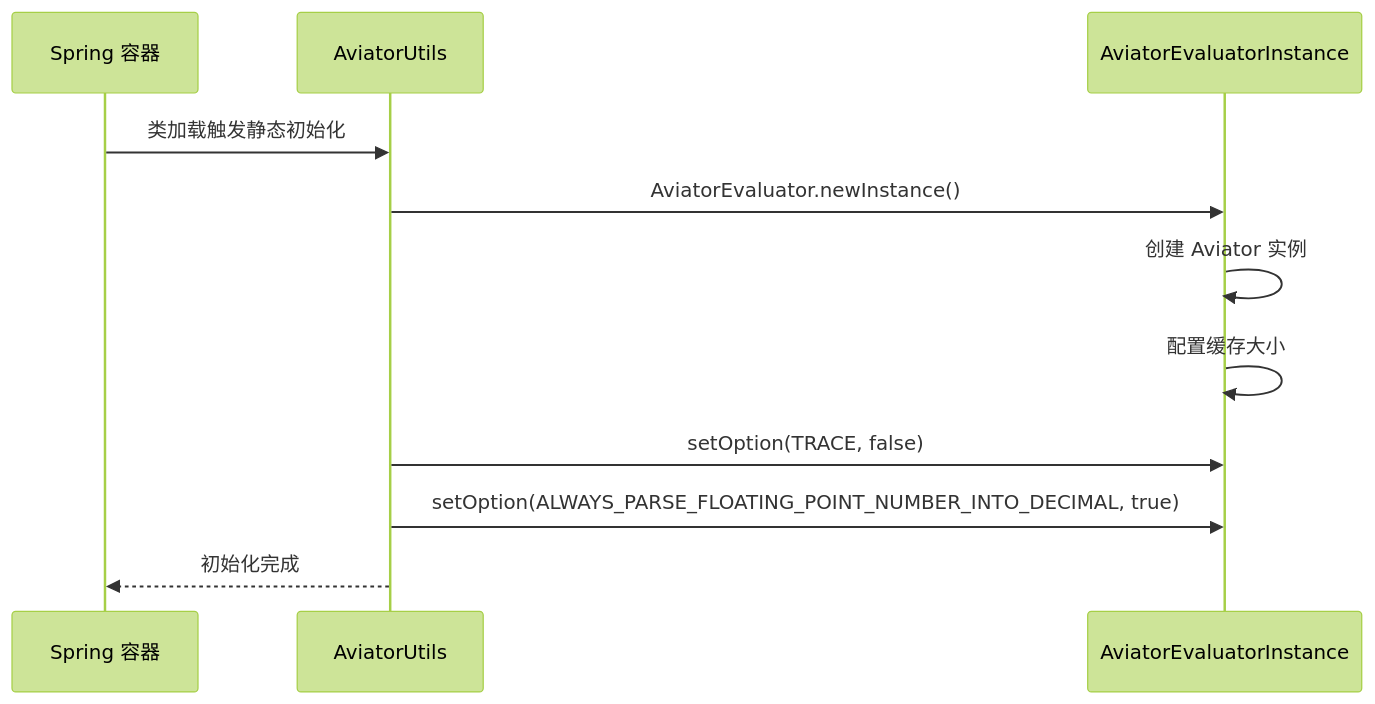
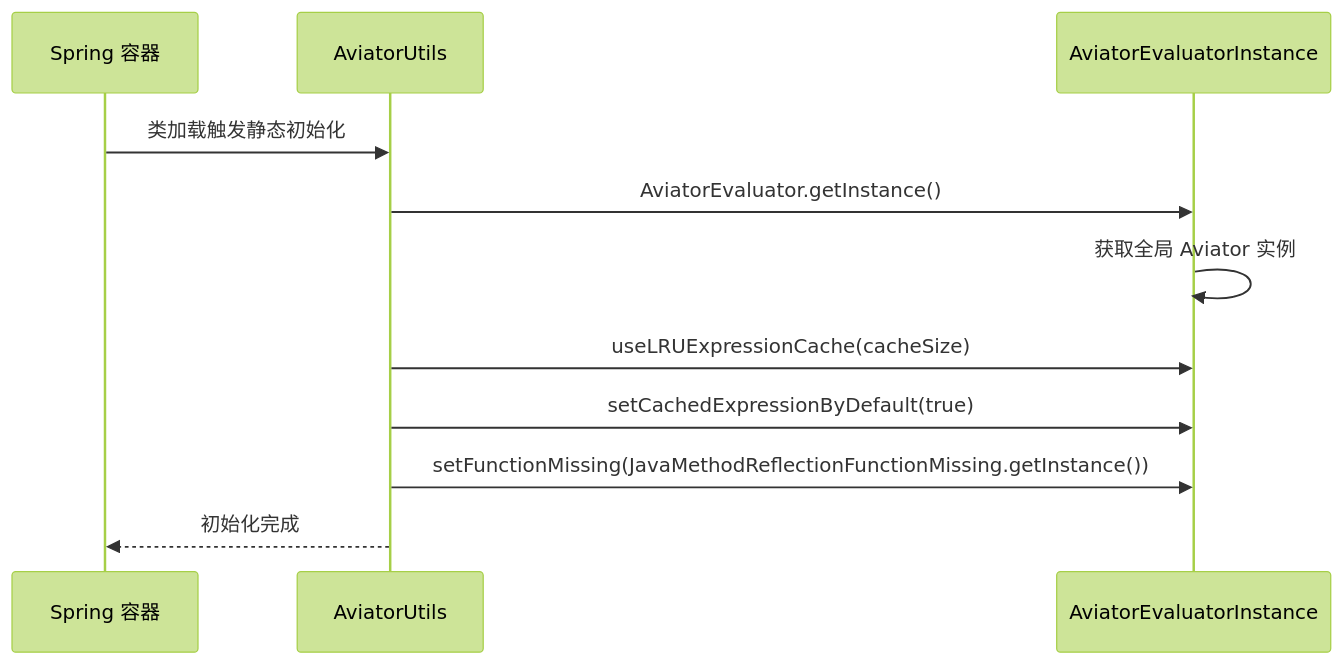
One commit to wrck/PMS changed the seventh of 8 diagrams in pms-rules/docs/04-mapping/data-flow.md. Above: the diagram before and after it, drawn with Mermaid (forest theme). The commit also changed other lines of this file and 31 other files, not shown here.

````diff
--- a/pms-rules/docs/04-mapping/data-flow.md
+++ b/pms-rules/docs/04-mapping/data-flow.md
@@ -163,14 +163,14 @@
 ```mermaid
 sequenceDiagram
     participant S as Spring 容器
     participant A as AviatorUtils
     participant E as AviatorEvaluatorInstance
 
     S->>A: 类加载触发静态初始化
-    A->>E: AviatorEvaluator.newInstance()
-    E->>E: 创建 Aviator 实例
-    E->>E: 配置缓存大小
-    A->>E: setOption(TRACE, false)
-    A->>E: setOption(ALWAYS_PARSE_FLOATING_POINT_NUMBER_INTO_DECIMAL, true)
+    A->>E: AviatorEvaluator.getInstance()
+    E->>E: 获取全局 Aviator 实例
+    A->>E: useLRUExpressionCache(cacheSize)
+    A->>E: setCachedExpressionByDefault(true)
+    A->>E: setFunctionMissing(JavaMethodReflectionFunctionMissing.getInstance())
     A-->>S: 初始化完成
 ```
````
